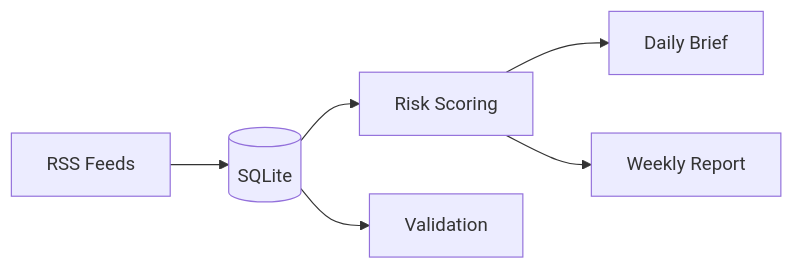
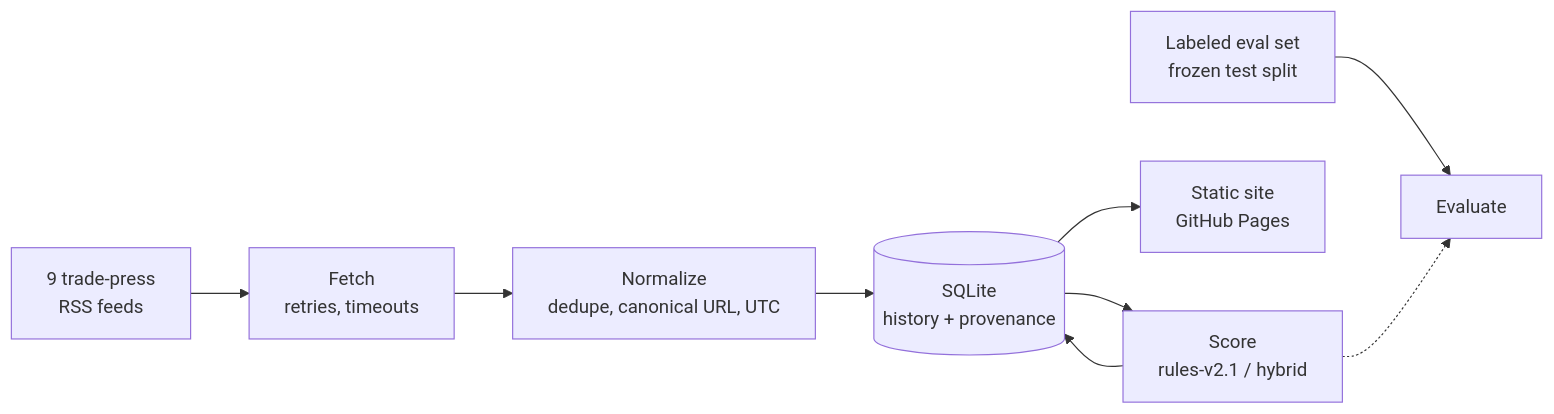
The diagram in README.md (Qiao527/opsrisk-radar), drawn with Mermaid before and after one commit. The commit also changed other lines of this file and 11 other files, not shown here.

````diff
--- a/README.md
+++ b/README.md
@@ -23,8 +41,11 @@
 ```mermaid
 flowchart LR
-    A[RSS Feeds] --> B[(SQLite)]
-    B --> C[Risk Scoring]
-    C --> D[Daily Brief]
-    C --> E[Weekly Report]
-    B --> F[Validation]
+    A[9 trade-press<br/>RSS feeds] --> B[Fetch<br/>retries, timeouts]
+    B --> C[Normalize<br/>dedupe, canonical URL, UTC]
+    C --> D[(SQLite<br/>history + provenance)]
+    D --> E[Score<br/>rules-v2.1 / hybrid]
+    E --> D
+    D --> F[Static site<br/>GitHub Pages]
+    G[Labeled eval set<br/>frozen test split] --> H[Evaluate]
+    E -.-> H
 ```
````
